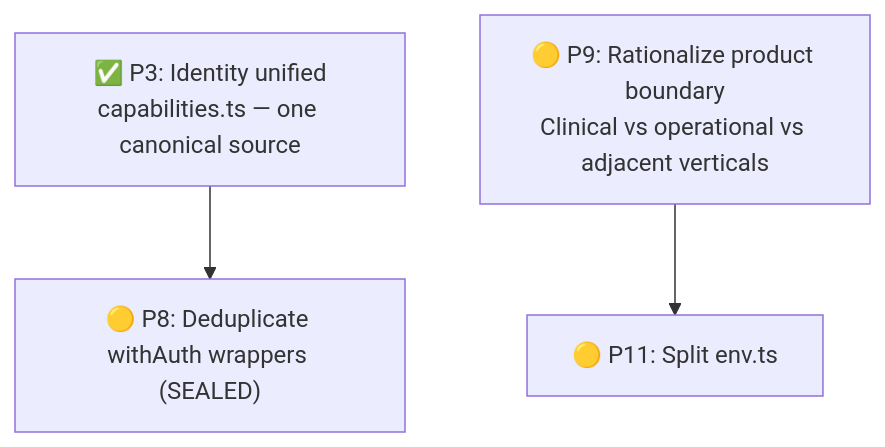
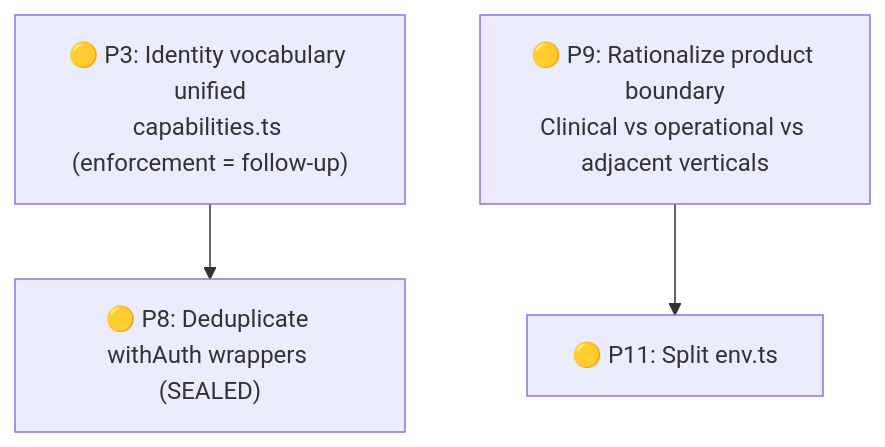
Before and after one commit to groupsmix/webs-alots: the diagram in alayse and acrchiculture/deep_dive_analysis.md, drawn with Mermaid. The commit also changed other lines of this file and 6 other files, not shown here.

````diff
--- a/alayse and acrchiculture/deep_dive_analysis.md
+++ b/alayse and acrchiculture/deep_dive_analysis.md
@@ -149,10 +152,10 @@
 ```mermaid
 graph TD
-    P3["✅ P3: Identity unified<br/>capabilities.ts — one canonical source"]
+    P3["🟡 P3: Identity vocabulary unified<br/>capabilities.ts (enforcement = follow-up)"]
     P8["🟡 P8: Deduplicate withAuth wrappers (SEALED)"]
     P9["🟡 P9: Rationalize product boundary<br/>Clinical vs operational vs adjacent verticals"]
     P11["🟡 P11: Split env.ts"]
 
     P3 --> P8
     P9 --> P11
 ```
````
